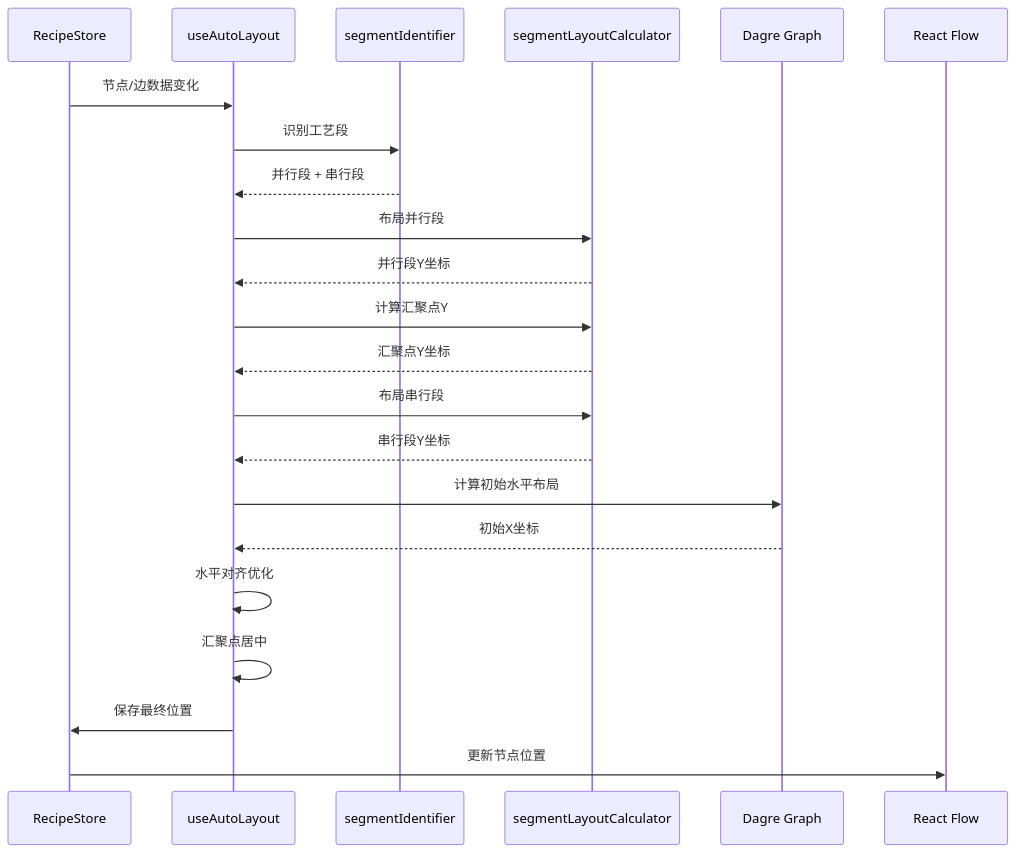
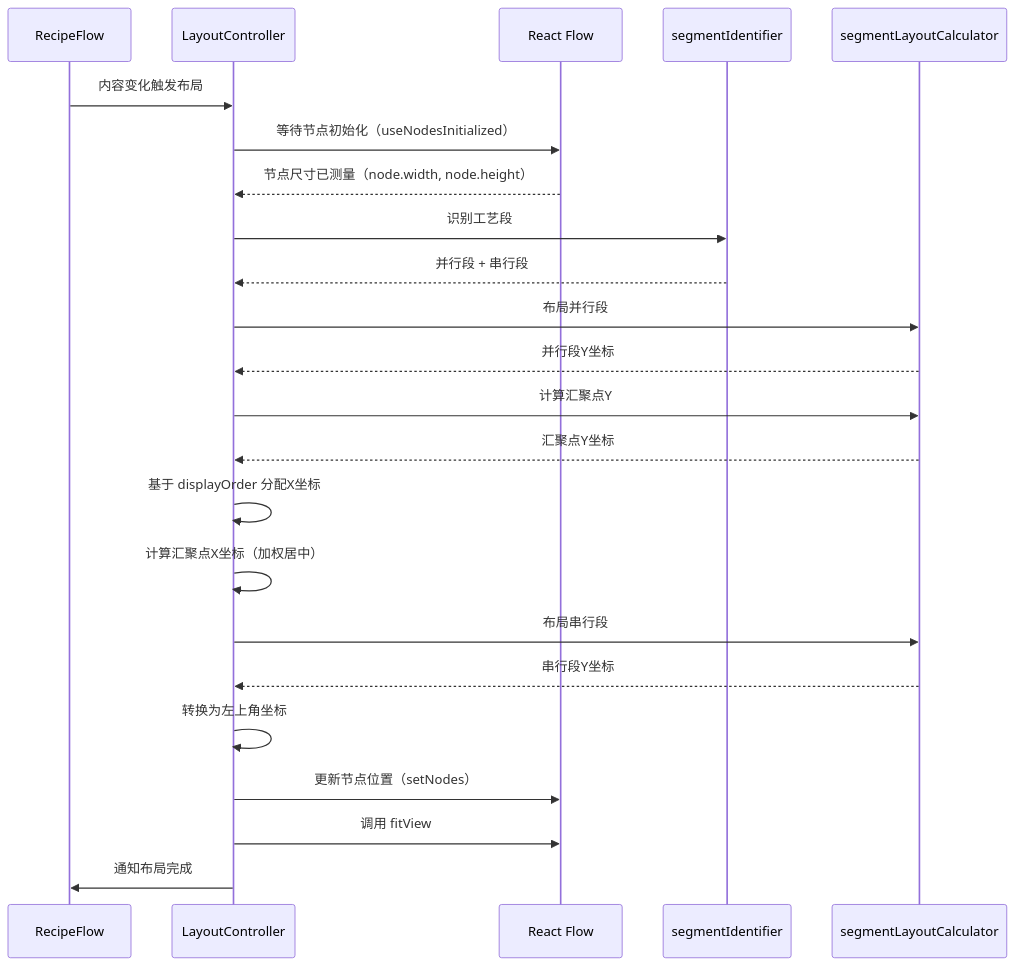
The second of 2 diagrams in AUTO_LAYOUT_ALGORITHM.md (doctorcotton/MES---), drawn with Mermaid before and after one commit. The commit also changed other lines of this file and 20 other files, not shown here.

Commit message:
完成绘图重构

````diff
--- a/AUTO_LAYOUT_ALGORITHM.md
+++ b/AUTO_LAYOUT_ALGORITHM.md
@@ -80,25 +114,26 @@
 ```mermaid
 sequenceDiagram
-    participant Store as RecipeStore
-    participant Hook as useAutoLayout
+    participant RecipeFlow as RecipeFlow
+    participant LayoutCtrl as LayoutController
+    participant ReactFlow as React Flow
     participant Identifier as segmentIdentifier
     participant Calculator as segmentLayoutCalculator
-    participant Dagre as Dagre Graph
-    participant ReactFlow as React Flow
 
-    Store->>Hook: 节点/边数据变化
-    Hook->>Identifier: 识别工艺段
-    Identifier-->>Hook: 并行段 + 串行段
-    Hook->>Calculator: 布局并行段
-    Calculator-->>Hook: 并行段Y坐标
-    Hook->>Calculator: 计算汇聚点Y
-    Calculator-->>Hook: 汇聚点Y坐标
-    Hook->>Calculator: 布局串行段
-    Calculator-->>Hook: 串行段Y坐标
-    Hook->>Dagre: 计算初始水平布局
-    Dagre-->>Hook: 初始X坐标
-    Hook->>Hook: 水平对齐优化
-    Hook->>Hook: 汇聚点居中
-    Hook->>Store: 保存最终位置
-    Store->>ReactFlow: 更新节点位置
+    RecipeFlow->>LayoutCtrl: 内容变化触发布局
+    LayoutCtrl->>ReactFlow: 等待节点初始化（useNodesInitialized）
+    ReactFlow-->>LayoutCtrl: 节点尺寸已测量（node.width, node.height）
+    LayoutCtrl->>Identifier: 识别工艺段
+    Identifier-->>LayoutCtrl: 并行段 + 串行段
+    LayoutCtrl->>Calculator: 布局并行段
+    Calculator-->>LayoutCtrl: 并行段Y坐标
+    LayoutCtrl->>Calculator: 计算汇聚点Y
+    Calculator-->>LayoutCtrl: 汇聚点Y坐标
+    LayoutCtrl->>LayoutCtrl: 基于 displayOrder 分配X坐标
+    LayoutCtrl->>LayoutCtrl: 计算汇聚点X坐标（加权居中）
+    LayoutCtrl->>Calculator: 布局串行段
+    Calculator-->>LayoutCtrl: 串行段Y坐标
+    LayoutCtrl->>LayoutCtrl: 转换为左上角坐标
+    LayoutCtrl->>ReactFlow: 更新节点位置（setNodes）
+    LayoutCtrl->>ReactFlow: 调用 fitView
+    LayoutCtrl->>RecipeFlow: 通知布局完成
 ```
````
